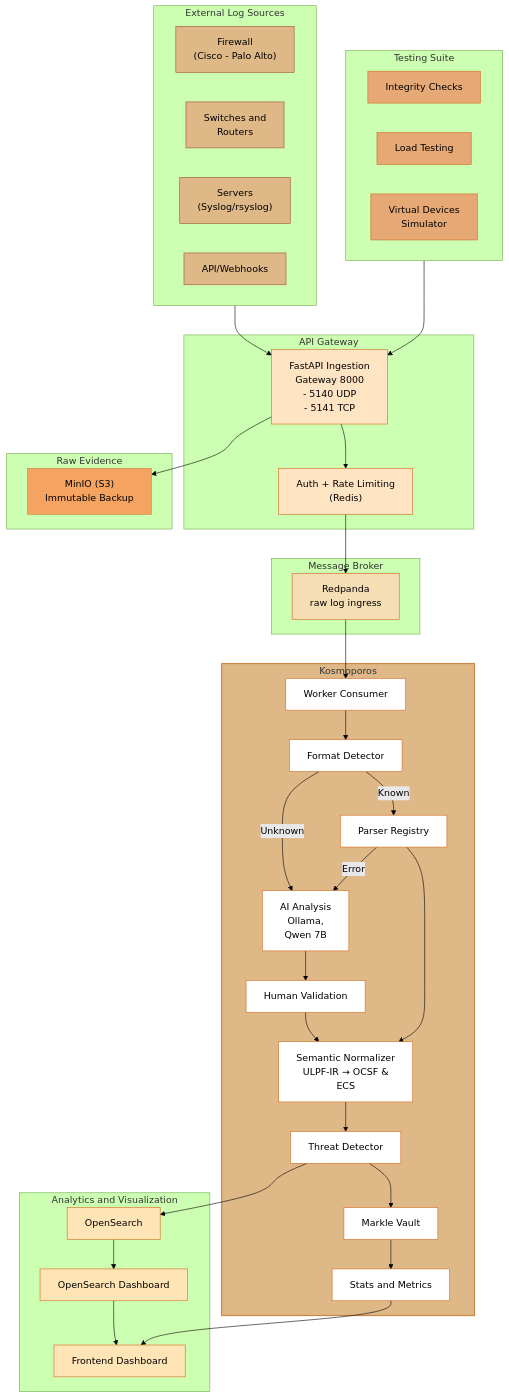
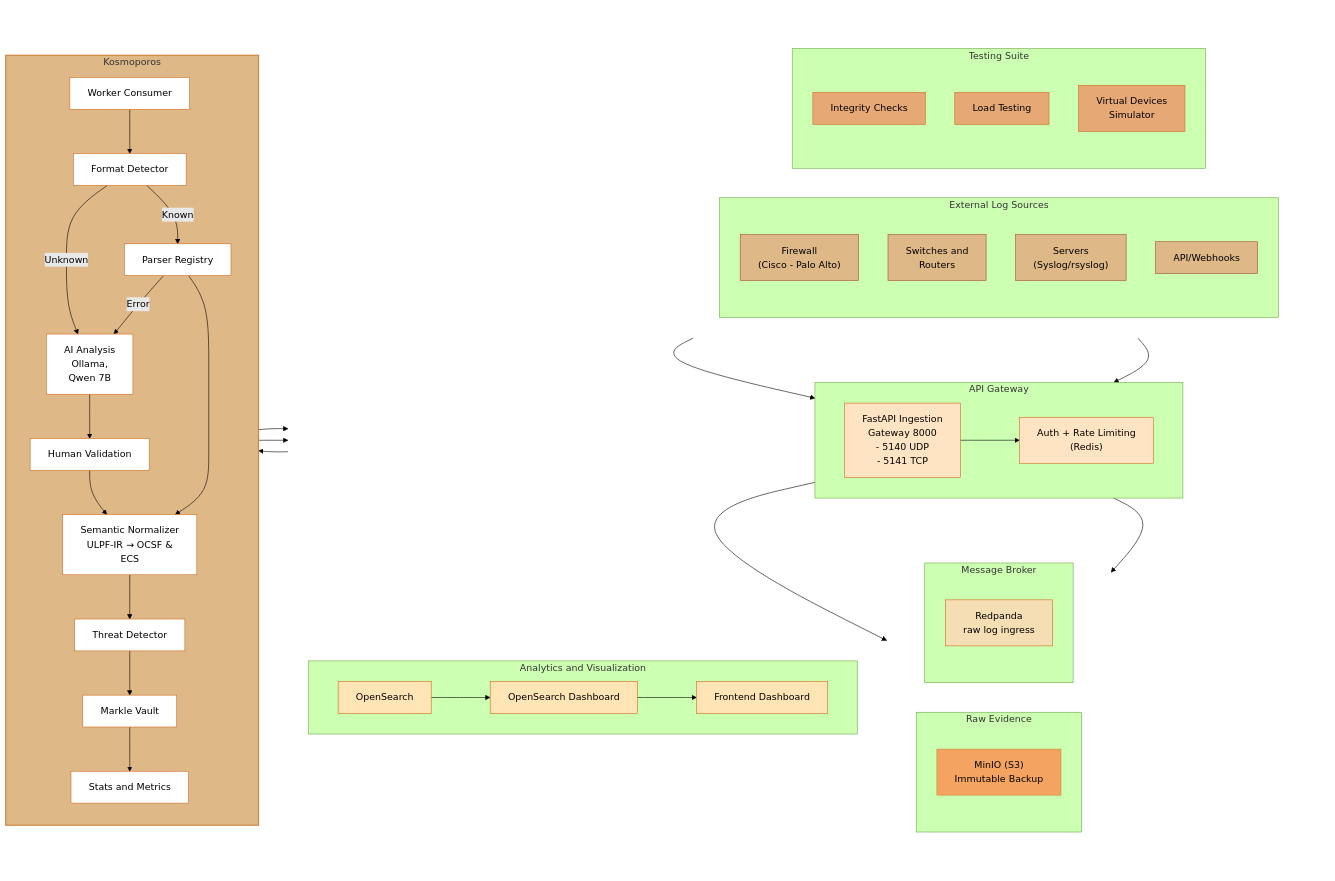
Before and after one commit to sujaljondhale/ulpf-new: the diagram in README.md, drawn with Mermaid (forest theme).

Commit message:
Refactor flow chart direction and structure

````diff
--- a/README.md
+++ b/README.md
@@ -77,6 +77,6 @@
 ```mermaid
-graph TD
-    %% Color Palette Definition
+graph LR
+    %% Palette Configuration
     classDef extColor fill:#DEB887,stroke:#A0522D,stroke-width:1px,color:#000;
     classDef testColor fill:#E6A875,stroke:#D2691E,stroke-width:1px,color:#000;
     classDef apiColor fill:#FFE4C4,stroke:#D2691E,stroke-width:1px,color:#000;
@@ -84,48 +84,88 @@
     classDef brokerColor fill:#F5DEB3,stroke:#D2691E,stroke-width:1px,color:#000;
     classDef anaColor fill:#FFE4B5,stroke:#D2691E,stroke-width:1px,color:#000;
     classDef kosmoColor fill:#FFF,stroke:#D2691E,stroke-width:1px,color:#000;
-    
-    %% Main Subgraphs
-    subgraph ExternalLogSources["External Log Sources"]
-        FW["Firewall<br>(Cisco - Palo Alto)"]
-        SW["Switches and<br>Routers"]
-        SRV["Servers<br>(Syslog/rsyslog)"]
-        API["API/Webhooks"]
+
+    %% Left-Side Pipeline
+    subgraph LeftPipeline[" "]
+        direction TB
+        
+        %% Column 1: Top Inputs Row
+        subgraph TopInputs[" "]
+            direction LR
+            subgraph ExternalLogSources["External Log Sources"]
+                direction TB
+                FW["Firewall<br>(Cisco - Palo Alto)"]
+                SW["Switches and<br>Routers"]
+                SRV["Servers<br>(Syslog/rsyslog)"]
+                API["API/Webhooks"]
+            end
+            
+            subgraph TestingSuite["Testing Suite"]
+                direction TB
+                IC["Integrity Checks"]
+                LT["Load Testing"]
+                VDS["Virtual Devices<br>Simulator"]
+            end
+        end
+        style TopInputs fill:none,stroke:none;
+        class FW,SW,SRV,API extColor;
+        class IC,LT,VDS testColor;
+
+        %% Column 2: Ingestion layer
+        subgraph APIGateway["API Gateway"]
+            direction LR
+            FIG["FastAPI Ingestion<br>Gateway 8000<br>- 5140 UDP<br>- 5141 TCP"] --> ARL["Auth + Rate Limiting<br>(Redis)"]
+        end
+        class FIG,ARL apiColor;
+
+        %% Connect inputs to Gateway
+        ExternalLogSources --> FIG
+        TestingSuite --> FIG
+
+        %% Column 3: Storage & Ingress
+        subgraph MidOutputs[" "]
+            direction LR
+            subgraph RawEvidence["Raw Evidence"]
+                direction TB
+                RE["MinIO (S3)<br>Immutable Backup"]
+            end
+            subgraph MessageBroker["Message Broker"]
+                direction TB
+                RP["Redpanda<br>raw log ingress"]
+            end
+        end
+        style MidOutputs fill:none,stroke:none;
+        class RE rawColor;
+        class RP brokerColor;
+
+        FIG --> RE
+        ARL --> RP
+
+        %% Column 4: Bottom Layer
+        subgraph AnalyticsAndVisualization["Analytics and Visualization"]
+            direction LR
+            OS["OpenSearch"] --> OSD["OpenSearch Dashboard"]
+            FDASH["Frontend Dashboard"]
+        end
+        OSD --> FDASH
+        class OS,OSD,FDASH anaColor;
     end
-    class FW,SW,SRV,API extColor;
+    style LeftPipeline fill:none,stroke:none;
 
-    subgraph TestingSuite["Testing Suite"]
-        IC["Integrity Checks"]
-        LT["Load Testing"]
-        VDS["Virtual Devices<br>Simulator"]
-    end
-    class IC,LT,VDS testColor;
-
-    subgraph APIGateway["API Gateway"]
-        FIG["FastAPI Ingestion<br>Gateway 8000<br>- 5140 UDP<br>- 5141 TCP"]
-        ARL["Auth + Rate Limiting<br>(Redis)"]
-        FIG --> ARL
-    end
-    class FIG,ARL apiColor;
-
-    subgraph RawEvidence["Raw Evidence"]
-        RE["MinIO (S3)<br>Immutable Backup"]
-    end
-    class RE rawColor;
-
-    subgraph MessageBroker["Message Broker"]
-        RP["Redpanda<br>raw log ingress"]
-    end
-    class RP brokerColor;
-
+    %% Right-Side Pipeline (Main Processing Column)
     subgraph Kosmoporos["Kosmoporos"]
+        direction TB
         WC["Worker Consumer"] --> FD["Format Detector"]
+        
+        %% AI Branch alignment handling
+        FD -- Unknown --> AI["AI Analysis<br>Ollama,<br>Qwen 7B"]
         FD -- Known --> PR["Parser Registry"]
-        FD -- Unknown --> AI["AI Analysis<br>Ollama,<br>Qwen 7B"]
         PR -- Error --> AI
+        
         AI --> HV["Human Validation"]
         HV --> SN["Semantic Normalizer<br>ULPF-IR → OCSF &<br>ECS"]
         PR --> SN
+        
         SN --> TD["Threat Detector"]
         TD --> MV["Markle Vault"]
         MV --> SM["Stats and Metrics"]
@@ -133,19 +173,8 @@
     style Kosmoporos fill:#DEB887,stroke:#CD853F,stroke-width:2px;
     class WC,FD,PR,AI,HV,SN,TD,MV,SM kosmoColor;
 
-    subgraph AnalyticsAndVisualization["Analytics and Visualization"]
-        OS["OpenSearch"] --> OSD["OpenSearch Dashboard"]
-        FDASH["Frontend Dashboard"]
-    end
-    class OS,OSD,FDASH anaColor;
-
-    %% Global Orchestration Connections
-    ExternalLogSources --> FIG
-    TestingSuite --> FIG
-    FIG --> RE
-    ARL --> RP
+    %% Cross-Pipeline Connections
     RP --> WC
-    OSD --> FDASH
+    TD --> OS
     SM --> FDASH
-    TD --> OS
 ```
````
